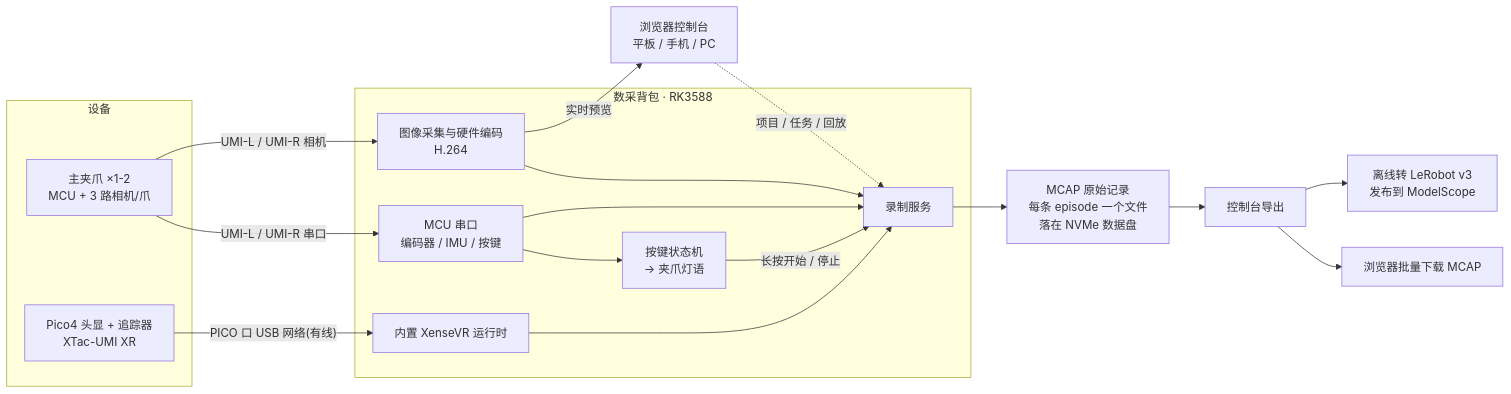
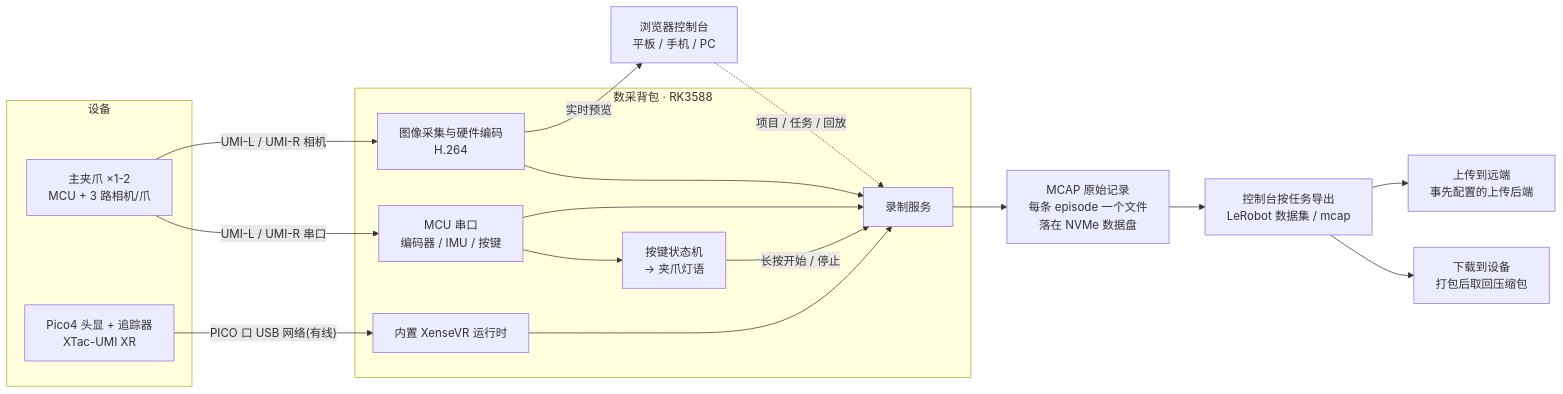
One commit to XenseRobotics-AI/XTac-UMI-G1-Docs changed the first of 2 diagrams in docs/product/g1.md. Above: the diagram before and after it, drawn with Mermaid. The commit also changed other lines of this file and 14 other files, not shown here.

````diff
--- a/docs/product/g1.md
+++ b/docs/product/g1.md
@@ -33,28 +33,28 @@
 ```mermaid
 flowchart LR
     subgraph DEV["设备"]
         G["主夹爪 ×1-2<br/>MCU + 3 路相机/爪"]
         P["Pico4 头显 + 追踪器<br/>XTac-UMI XR"]
     end
     subgraph BP["数采背包 · RK3588"]
         MCU["MCU 串口<br/>编码器 / IMU / 按键"]
         KEY["按键状态机<br/>→ 夹爪灯语"]
         ENC["图像采集与硬件编码<br/>H.264"]
         VR["内置 XenseVR 运行时"]
         REC["录制服务"]
     end
     G -->|"UMI-L / UMI-R 串口"| MCU
     G -->|"UMI-L / UMI-R 相机"| ENC
     P -->|"PICO 口 USB 网络(有线)"| VR
     MCU --> KEY
     KEY -->|"长按开始 / 停止"| REC
     MCU --> REC
     ENC --> REC
     VR --> REC
     ENC -->|"实时预览"| UI["浏览器控制台<br/>平板 / 手机 / PC"]
     UI -.->|"项目 / 任务 / 回放"| REC
     REC --> MCAP["MCAP 原始记录<br/>每条 episode 一个文件<br/>落在 NVMe 数据盘"]
-    MCAP --> EXP["控制台导出"]
-    EXP --> DL["浏览器批量下载 MCAP"]
-    EXP --> LR["离线转 LeRobot v3<br/>发布到 ModelScope"]
+    MCAP --> EXP["控制台按任务导出<br/>LeRobot 数据集 / mcap"]
+    EXP --> DL["下载到设备<br/>打包后取回压缩包"]
+    EXP --> LR["上传到远端<br/>事先配置的上传后端"]
 ```
````
